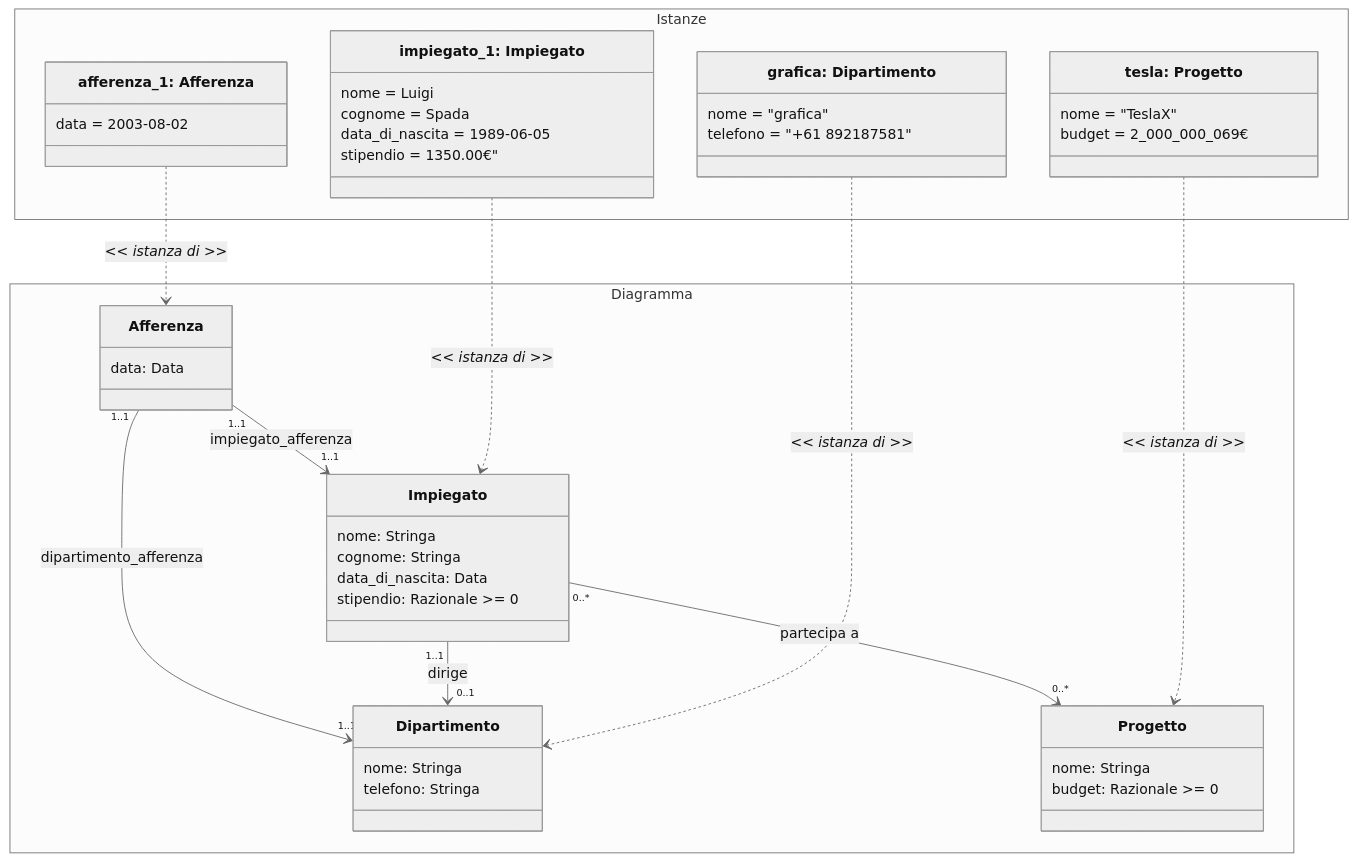
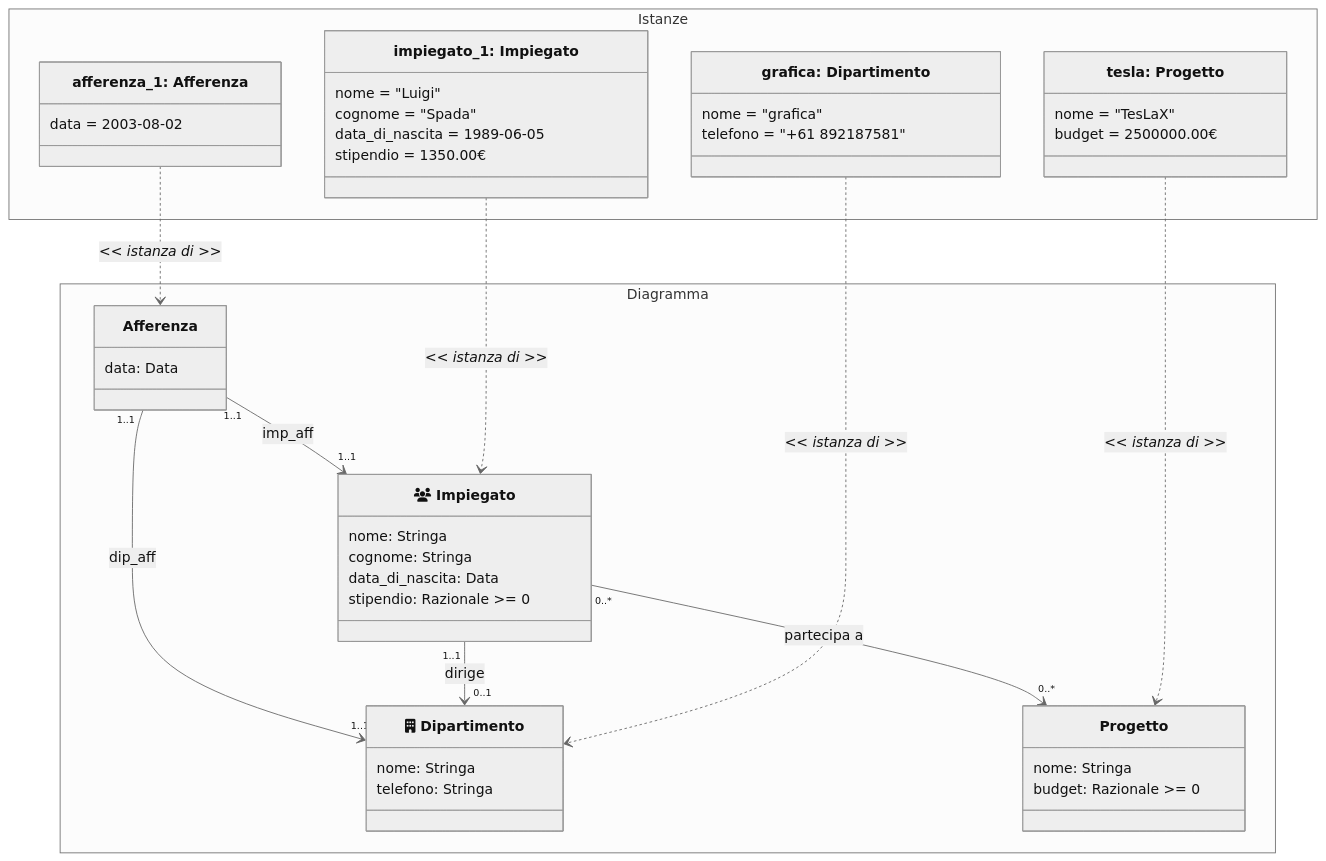
One commit to CuriousCI/university changed the diagram in book/basi-di-dati-2/azienda-1.md. Above: the diagram before and after it, drawn with Mermaid (neutral theme). The commit also changed other lines of this file and 1 other file, not shown here.

````diff
--- a/book/basi-di-dati-2/azienda-1.md
+++ b/book/basi-di-dati-2/azienda-1.md
@@ -35,63 +37,65 @@
 ```mermaid
 classDiagram
 	namespace Diagramma {
 		class Impiegato {
             nome: Stringa
             cognome: Stringa
             data_di_nascita: Data
             stipendio: Razionale >= 0
 		}
+		class Impiegato["fa:fa-users Impiegato"]
 
 		class Dipartimento {
 			nome: Stringa
 			telefono: Stringa
 		}
+		class Dipartimento["fa:fa-building Dipartimento"]
 
 		class Afferenza {
 			data: Data
 		}
 
 		class Progetto {
 			nome: Stringa
 			budget: Razionale >= 0
 		}
 	}
 
 	namespace Istanze {
 		class impiegato_1 {
-			nome = Luigi
-			cognome = Spada
+			nome = "Luigi"
+			cognome = "Spada"
 			data_di_nascita = 1989-06-05
-			stipendio = 1350.00€"
+			stipendio = 1350.00€
 		}
 		class impiegato_1["impiegato_1: Impiegato"]
 
 		class afferenza_1 {
 			data = 2003-08-02
 		}
 		class afferenza_1["afferenza_1: Afferenza"]
 
 		class dipartimento_1 {
 			nome = "grafica"
 			telefono = "+61 892187581"
 		}
 		class dipartimento_1["grafica: Dipartimento"]
 
 		class progetto_1 {
-			nome = "TeslaX"
-			budget = 2_000_000_069€
+			nome = "TesLaX"
+			budget = 2500000.00€
 		}
 		class progetto_1["tesla: Progetto"]
 	}
 
 
 	Impiegato "0..*" --> "0..*" Progetto : partecipa a
-	Afferenza "1..1" --> "1..1" Impiegato : impiegato_afferenza
-	Afferenza "1..1" --> "1..1" Dipartimento : dipartimento_afferenza
+	Afferenza "1..1" --> "1..1" Impiegato : imp_aff
+	Afferenza "1..1" --> "1..1" Dipartimento : dip_aff
 	Impiegato "1..1" --> "0..1" Dipartimento : dirige
 
 	impiegato_1 ..> Impiegato : <i><< istanza di >></i>
 	dipartimento_1 ..> Dipartimento : <i><< istanza di >></i>
 	progetto_1 ..> Progetto : <i><< istanza di >></i>
 	afferenza_1 ..> Afferenza : <i><< istanza di >></i>
 ```
````
